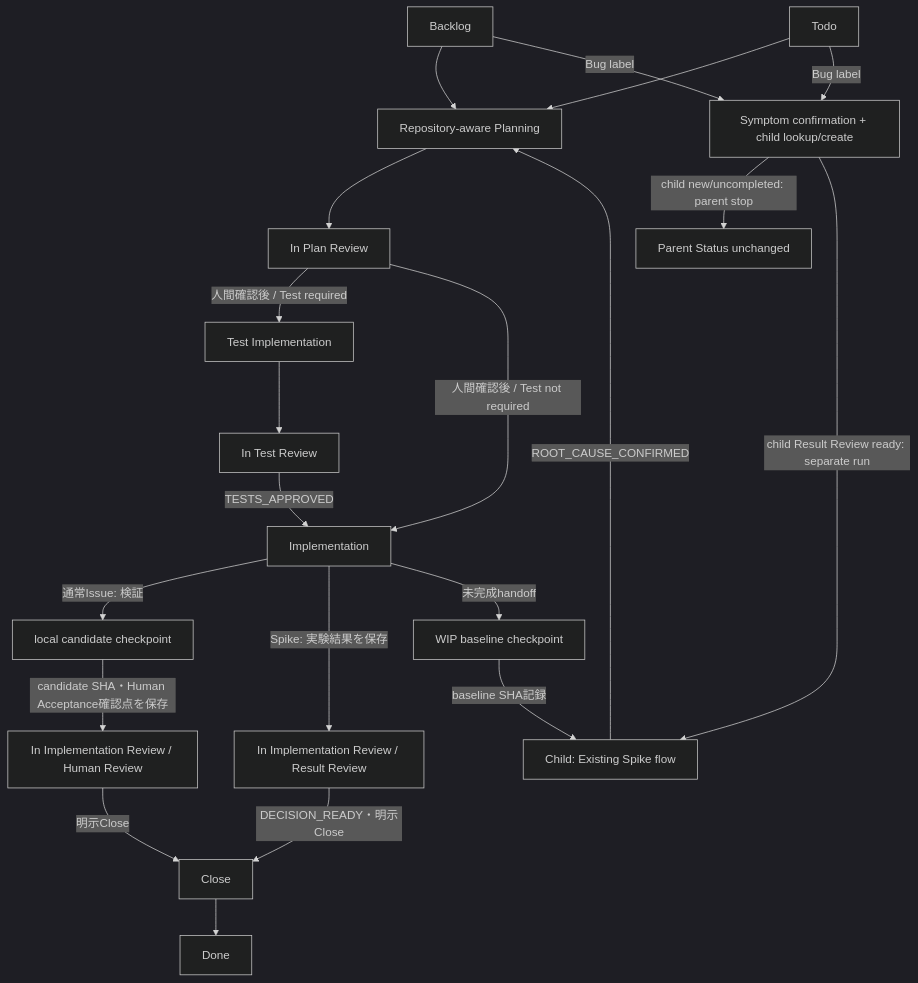
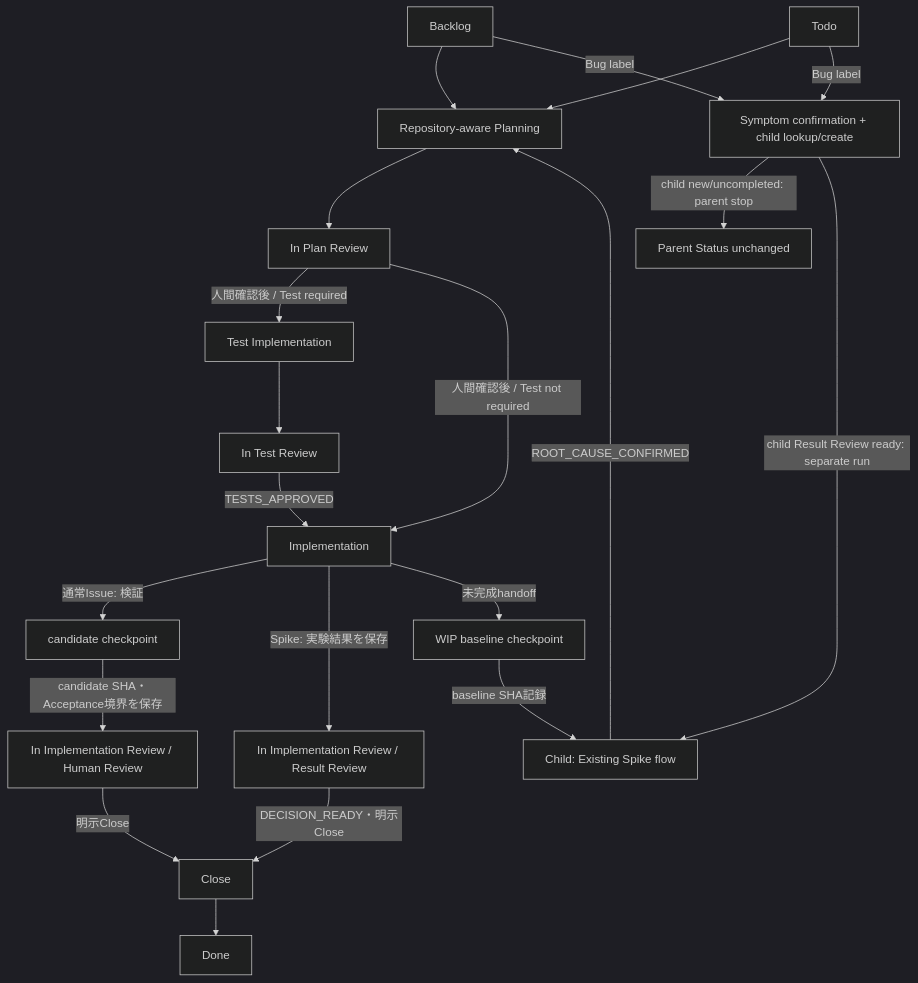
The first of 2 diagrams in agent-development-workflow.md (hnishim/harness), drawn with Mermaid (dark theme) before and after one commit. The commit also changed other lines of this file and 11 other files, not shown here.

````diff
--- a/agent-development-workflow.md
+++ b/agent-development-workflow.md
@@ -45,23 +45,23 @@
 ```mermaid
 flowchart TD
     B[Backlog] --> P[Repository-aware Planning]
     T[Todo] --> P
     B -->|Bug label| BI[Symptom confirmation + child lookup/create]
     T -->|Bug label| BI
     BI -->|child new/uncompleted: parent stop| PS[Parent Status unchanged]
     BI -->|child Result Review ready: separate run| SI[Child: Existing Spike flow]
     SI -->|ROOT_CAUSE_CONFIRMED| P
     P --> R[In Plan Review]
     R -->|人間確認後 / Test required| TW[Test Implementation]
     R -->|人間確認後 / Test not required| I[Implementation]
     TW --> TR[In Test Review]
     TR -->|TESTS_APPROVED| I
-    I -->|通常Issue: 検証| CP[local candidate checkpoint]
-    CP -->|candidate SHA・Human Acceptance確認点を保存| H[In Implementation Review / Human Review]
+    I -->|通常Issue: 検証| CP[candidate checkpoint]
+    CP -->|candidate SHA・Acceptance境界を保存| H[In Implementation Review / Human Review]
     I -->|Spike: 実験結果を保存| SR[In Implementation Review / Result Review]
     I -->|未完成handoff| BP[WIP baseline checkpoint]
     BP -->|baseline SHA記録| SI
     H -->|明示Close| C[Close]
     SR -->|DECISION_READY・明示Close| C
     C --> D[Done]
 ```
````
